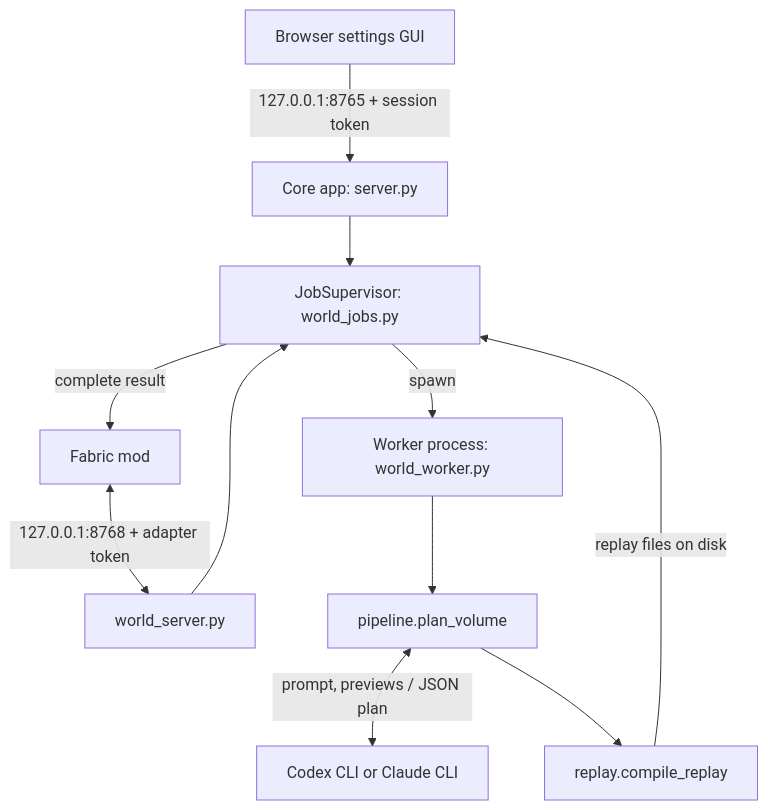
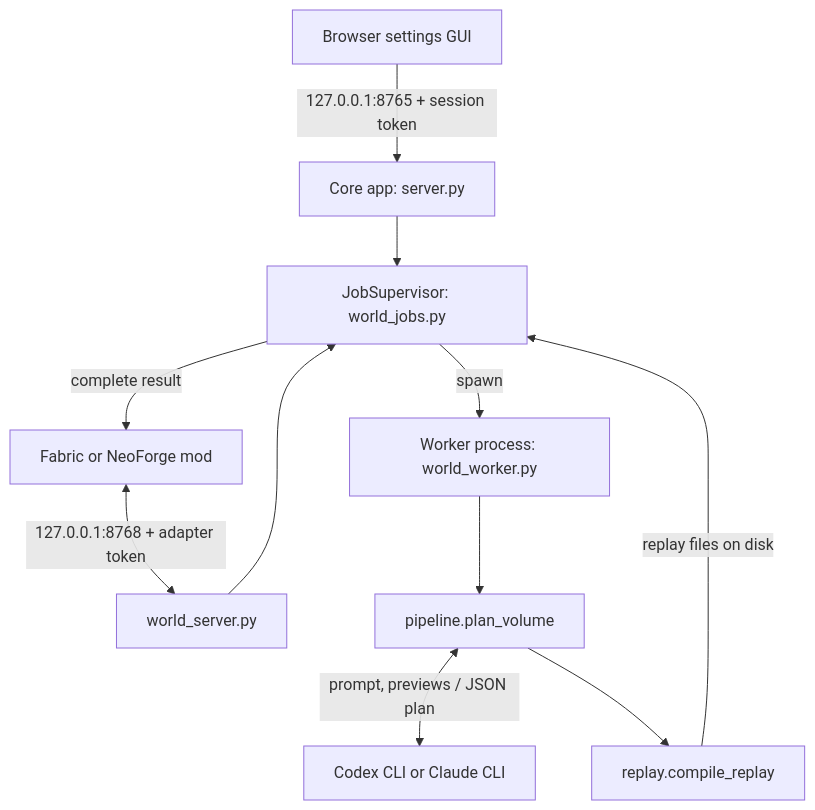
Before and after one commit to Ni-Cobra/worldprompt: the diagram in docs/architecture.md, drawn with Mermaid. The commit also changed other lines of this file and 152 other files, not shown here.

First line of the commit message:
Add NeoForge support and live block catalogs (#1)

````diff
--- a/docs/architecture.md
+++ b/docs/architecture.md
@@ -15,13 +15,13 @@
 ```mermaid
 flowchart TD
     GUI[Browser settings GUI] -->|"127.0.0.1:8765 + session token"| APP[Core app: server.py]
-    MOD[Fabric mod] <-->|"127.0.0.1:8768 + adapter token"| API[world_server.py]
+    MOD[Fabric or NeoForge mod] <-->|"127.0.0.1:8768 + adapter token"| API[world_server.py]
     APP --> SUP[JobSupervisor: world_jobs.py]
     API --> SUP
     SUP -->|spawn| W[Worker process: world_worker.py]
     W --> PIPE[pipeline.plan_volume]
     PIPE <-->|prompt, previews / JSON plan| CLI[Codex CLI or Claude CLI]
     PIPE --> REPLAY[replay.compile_replay]
     REPLAY -->|replay files on disk| SUP
     SUP -->|complete result| MOD
 ```
````
